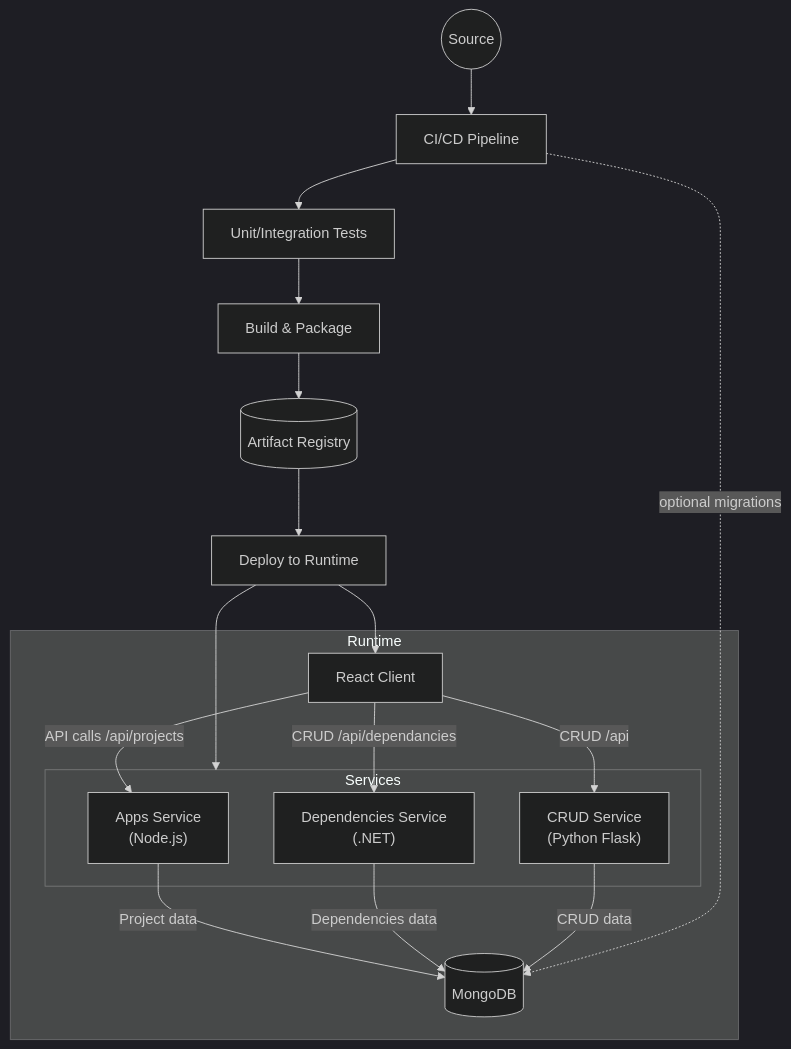
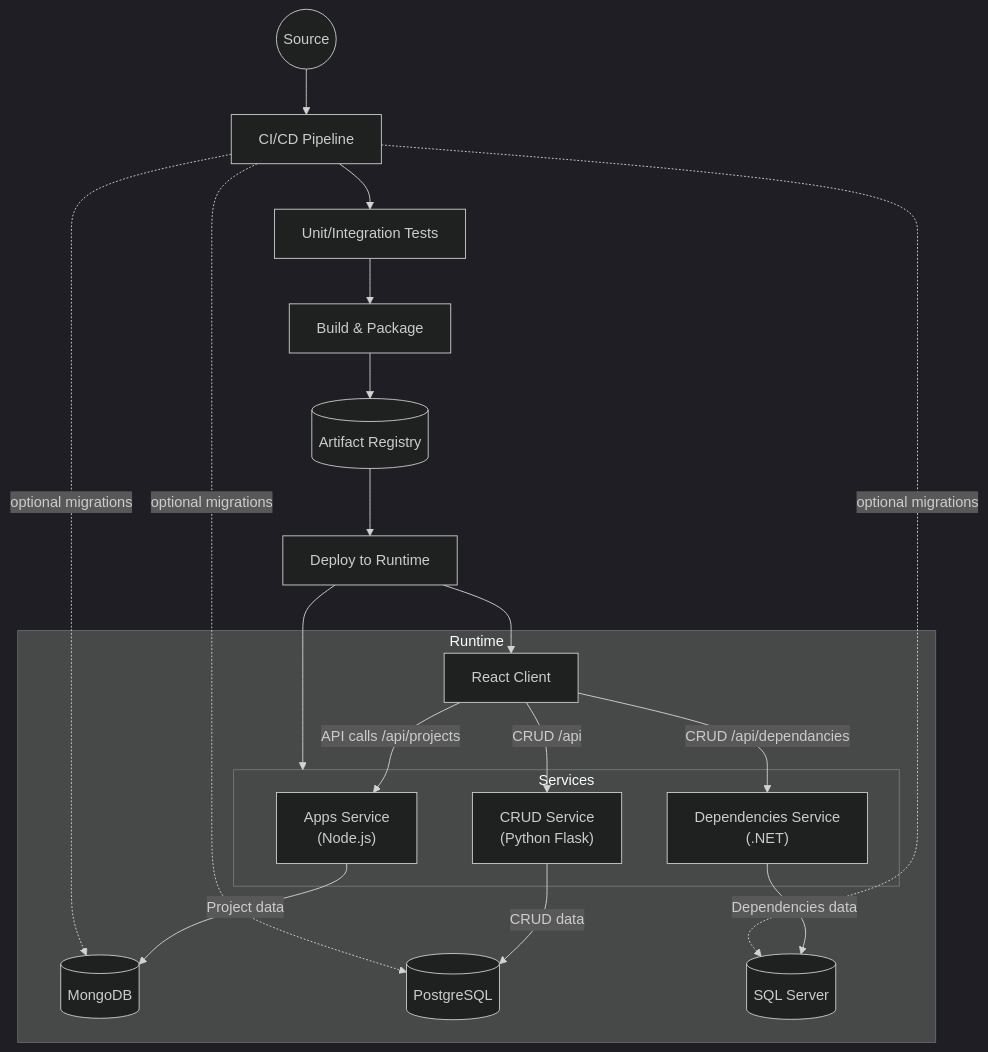
The diagram in docs/ARCHITECTURE.md (koydas/fullstack-pilot), drawn with Mermaid (dark theme) before and after one commit. The commit also changed other lines of this file and 1 other file, not shown here.

Commit message:
Document per-service data stores

````diff
--- a/docs/ARCHITECTURE.md
+++ b/docs/ARCHITECTURE.md
@@ -3,31 +3,35 @@
 ```mermaid
 flowchart TD
     Developer((Source)) --> CI[CI/CD Pipeline]
     CI --> Tests[Unit/Integration Tests]
     Tests --> Build[Build & Package]
     Build --> Registry[(Artifact Registry)]
     Registry --> Deploy[Deploy to Runtime]
 
     subgraph Runtime
         Client[React Client]
         subgraph Services
             AppsService["Apps Service\n(Node.js)"]
             DotNetService["Dependencies Service\n(.NET)"]
             PythonService["CRUD Service\n(Python Flask)"]
         end
         Mongo[(MongoDB)]
+        Postgres[(PostgreSQL)]
+        MSSQL[(SQL Server)]
     end
 
     Deploy --> Client
     Deploy --> Services
 
     Client -->|API calls /api/projects| AppsService
     Client -->|CRUD /api/dependancies| DotNetService
     Client -->|CRUD /api| PythonService
 
     AppsService -->|Project data| Mongo
-    DotNetService -->|Dependencies data| Mongo
-    PythonService -->|CRUD data| Mongo
+    DotNetService -->|Dependencies data| MSSQL
+    PythonService -->|CRUD data| Postgres
 
     CI -. optional migrations .-> Mongo
+    CI -. optional migrations .-> MSSQL
+    CI -. optional migrations .-> Postgres
 ```
````
